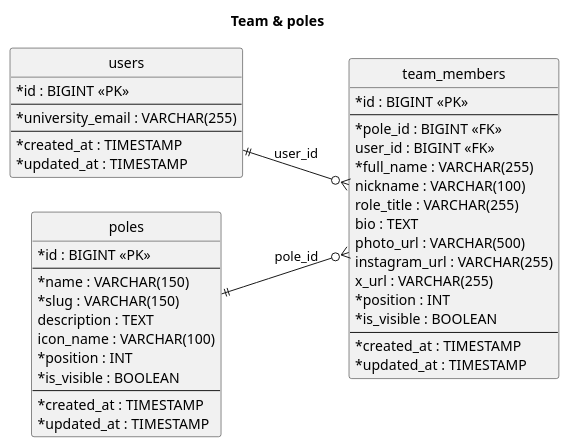
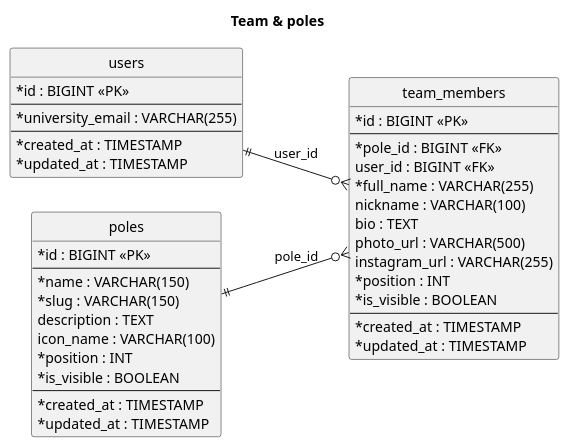
One commit to DanerSharifi-FR/passion-bds-website changed the sixth of 8 diagrams in docs/database/2-modelisation.plantuml. Above: the diagram before and after it, drawn with PlantUML. The commit also changed other lines of this file, not shown here.

```diff
--- a/docs/database/2-modelisation.plantuml
+++ b/docs/database/2-modelisation.plantuml
@@ -293,52 +394,50 @@
 @startuml Team
 skinparam classAttributeIconSize 0
 hide circle
 left to right direction
 title Team & poles
 
 entity users {
   * id : BIGINT <<PK>>
   --
   * university_email : VARCHAR(255)
   --
   * created_at : TIMESTAMP
   * updated_at : TIMESTAMP
 }
 
 entity poles {
   * id : BIGINT <<PK>>
   --
   * name : VARCHAR(150)
   * slug : VARCHAR(150)
     description : TEXT
     icon_name : VARCHAR(100)
   * position : INT
   * is_visible : BOOLEAN
   --
   * created_at : TIMESTAMP
   * updated_at : TIMESTAMP
 }
 
 entity team_members {
   * id : BIGINT <<PK>>
   --
   * pole_id : BIGINT <<FK>>
     user_id : BIGINT <<FK>>
   * full_name : VARCHAR(255)
     nickname : VARCHAR(100)
-    role_title : VARCHAR(255)
     bio : TEXT
     photo_url : VARCHAR(500)
     instagram_url : VARCHAR(255)
-    x_url : VARCHAR(255)
   * position : INT
   * is_visible : BOOLEAN
   --
   * created_at : TIMESTAMP
   * updated_at : TIMESTAMP
 }
 
 poles ||--o{ team_members : pole_id
 users ||--o{ team_members : user_id
 
 @enduml
```
